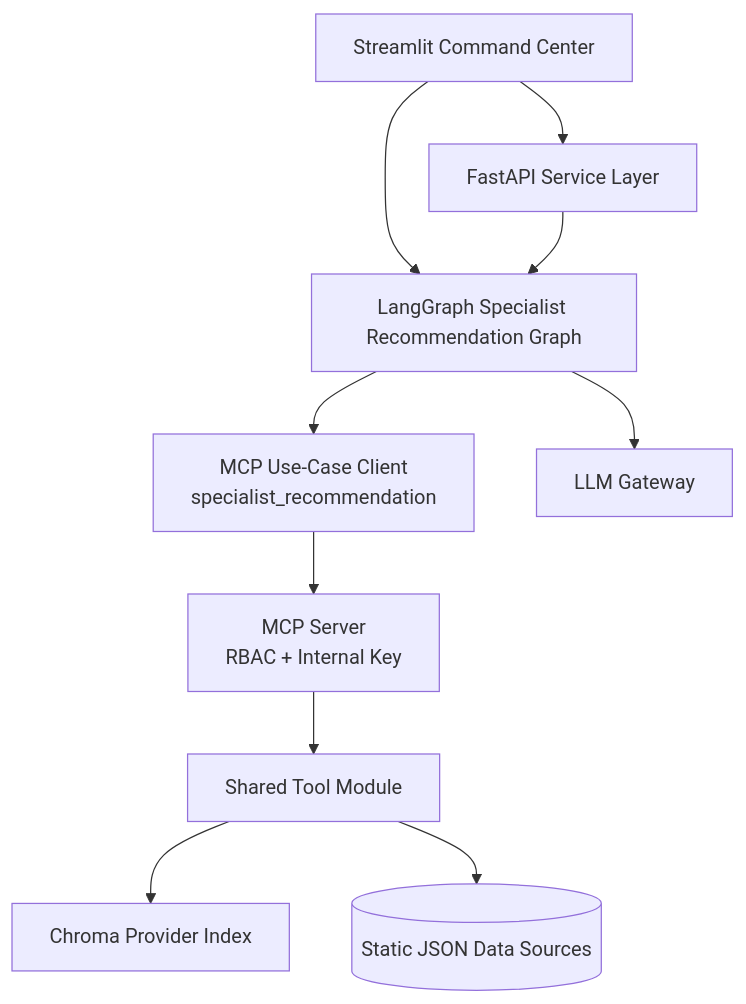
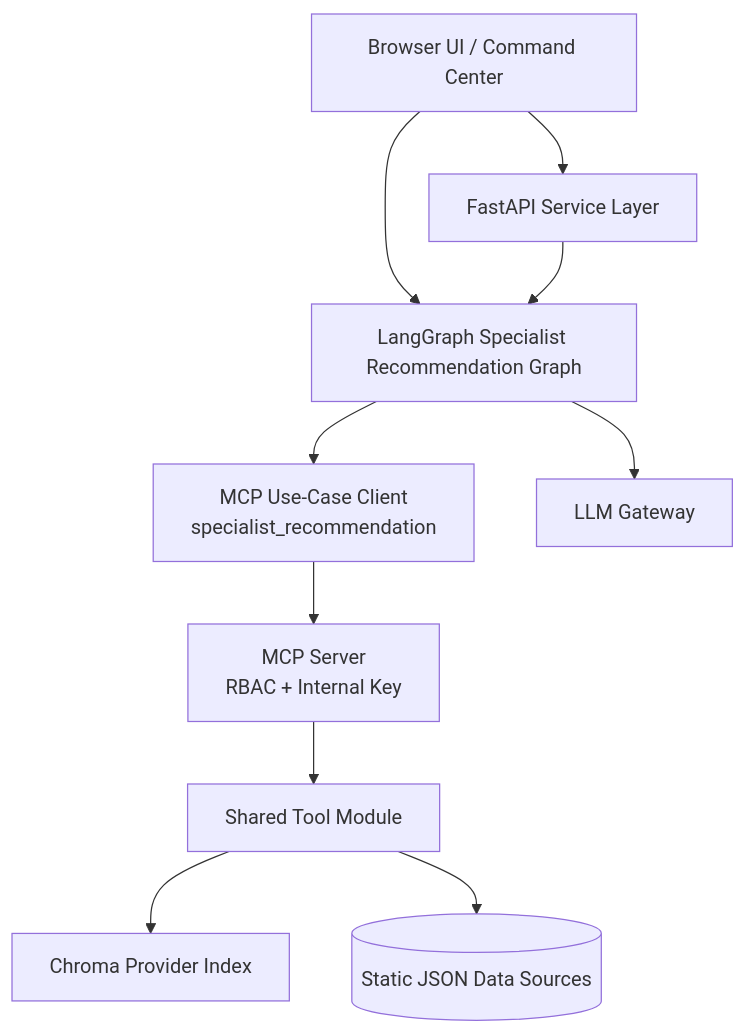
The second of 3 diagrams in docs/phase-1-architecture.md (wpcopilotuser031/FDE-CAPSTONE-PROJECT), drawn with Mermaid before and after one commit. The commit also changed other lines of this file and 14 other files, not shown here.

````diff
--- a/docs/phase-1-architecture.md
+++ b/docs/phase-1-architecture.md
@@ -98,22 +98,22 @@
 ```mermaid
 flowchart TD
-    UI[Streamlit Command Center]
+    UI[Browser UI / Command Center]
     API[FastAPI Service Layer]
     GRAPH[LangGraph Specialist Recommendation Graph]
     CLIENT[MCP Use-Case Client\nspecialist_recommendation]
     MCP[MCP Server\nRBAC + Internal Key]
     TOOLS[Shared Tool Module]
     RAG[Chroma Provider Index]
     DATA[(Static JSON Data Sources)]
     LLM[LLM Gateway]
 
     UI --> API
     UI --> GRAPH
     API --> GRAPH
     GRAPH --> LLM
     GRAPH --> CLIENT
     CLIENT --> MCP
     MCP --> TOOLS
     TOOLS --> RAG
     TOOLS --> DATA
 ```
````
